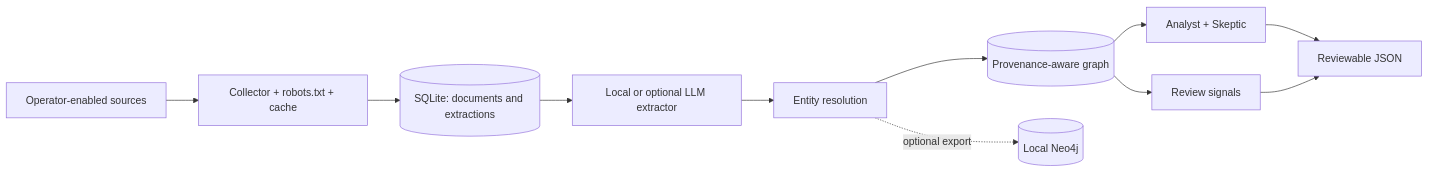
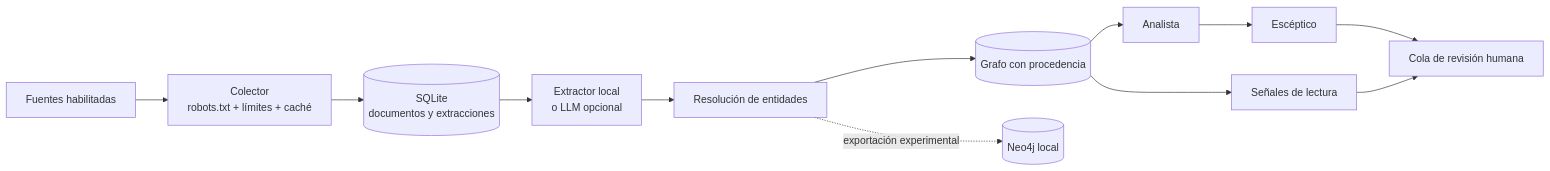
One commit to alejandrojlamas/evidence-graph-lab changed the diagram in README.md. Above: the diagram before and after it, drawn with Mermaid. The commit also changed other lines of this file and 61 other files, not shown here.

````diff
--- a/README.md
+++ b/README.md
@@ -29,13 +52,14 @@
 ```mermaid
 flowchart LR
-    A[Operator-enabled sources] --> B[Collector + robots.txt + cache]
-    B --> C[(SQLite: documents and extractions)]
-    C --> D[Local or optional LLM extractor]
-    D --> E[Entity resolution]
-    E --> F[(Provenance-aware graph)]
-    F --> G[Analyst + Skeptic]
-    F --> H[Review signals]
-    G --> I[Reviewable JSON]
-    H --> I
-    E -. optional export .-> J[(Local Neo4j)]
+    A[Fuentes habilitadas] --> B[Colector<br/>robots.txt + límites + caché]
+    B --> C[(SQLite<br/>documentos y extracciones)]
+    C --> D[Extractor local<br/>o LLM opcional]
+    D --> E[Resolución de entidades]
+    E --> F[(Grafo con procedencia)]
+    F --> G[Analista]
+    F --> H[Señales de lectura]
+    G --> I[Escéptico]
+    I --> J[Cola de revisión humana]
+    H --> J
+    E -. exportación experimental .-> K[(Neo4j local)]
 ```
````
